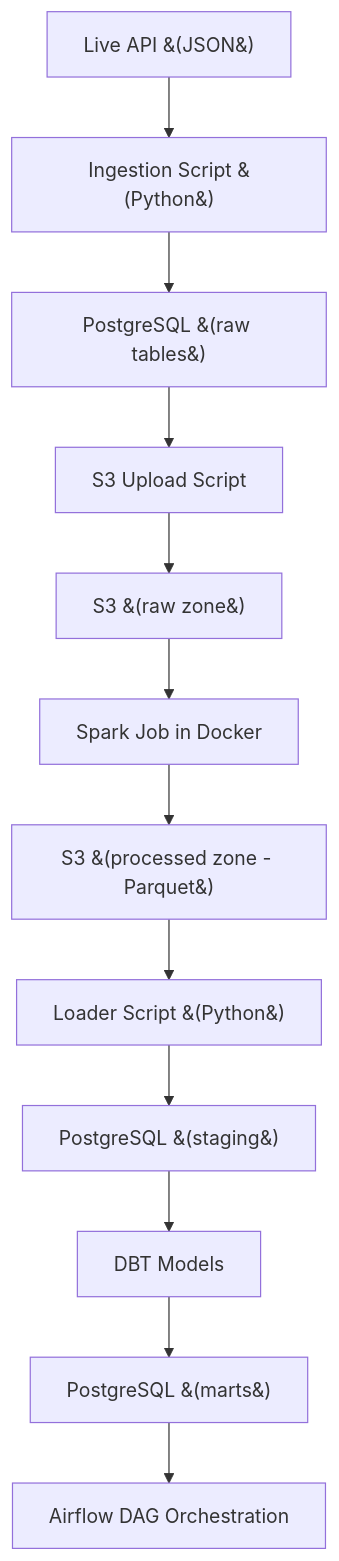
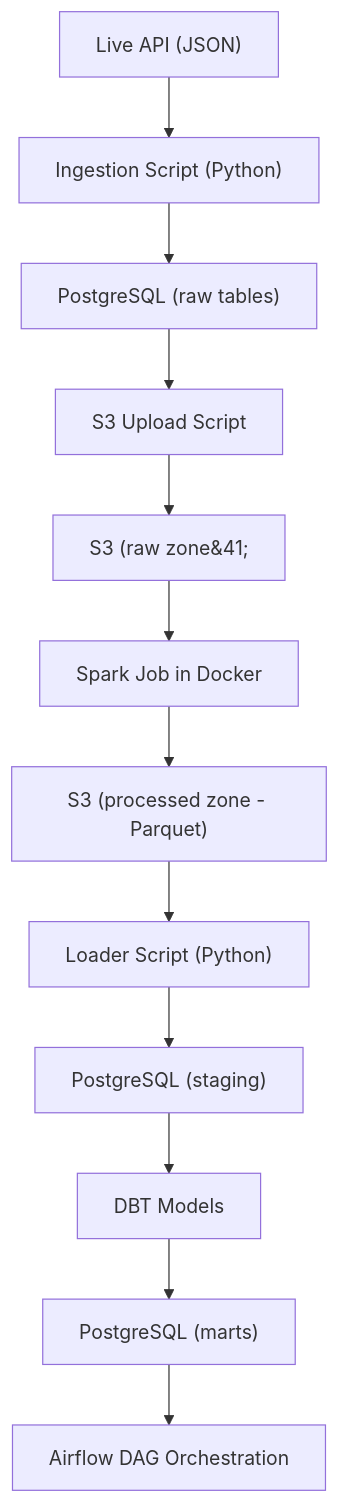
The diagram in README.md (SachinKhapre/ecommerce-end-to-end-pipeline), drawn with Mermaid before and after one commit.

````diff
--- a/README.md
+++ b/README.md
@@ -22,14 +22,14 @@
 ```mermaid
 graph TD
-  A[Live API &#40;JSON&#41;] --> B[Ingestion Script &#40;Python&#41;]
-  B --> C[PostgreSQL &#40;raw tables&#41;]
+  A[Live API #40;JSON#41;] --> B[Ingestion Script #40;Python#41;]
+  B --> C[PostgreSQL #40;raw tables#41;]
   C --> D[S3 Upload Script]
-  D --> E[S3 &#40;raw zone&#41;]
+  D --> E[S3 #40;raw zone&41;]
   E --> F[Spark Job in Docker]
-  F --> G[S3 &#40;processed zone - Parquet&#41;]
-  G --> H[Loader Script &#40;Python&#41;]
-  H --> I[PostgreSQL &#40;staging&#41;]
+  F --> G[S3 #40;processed zone - Parquet#41;]
+  G --> H[Loader Script #40;Python#41;]
+  H --> I[PostgreSQL #40;staging#41;]
   I --> J[DBT Models]
-  J --> K[PostgreSQL &#40;marts&#41;]
+  J --> K[PostgreSQL #40;marts#41;]
   K --> L[Airflow DAG Orchestration]
 ```
````
